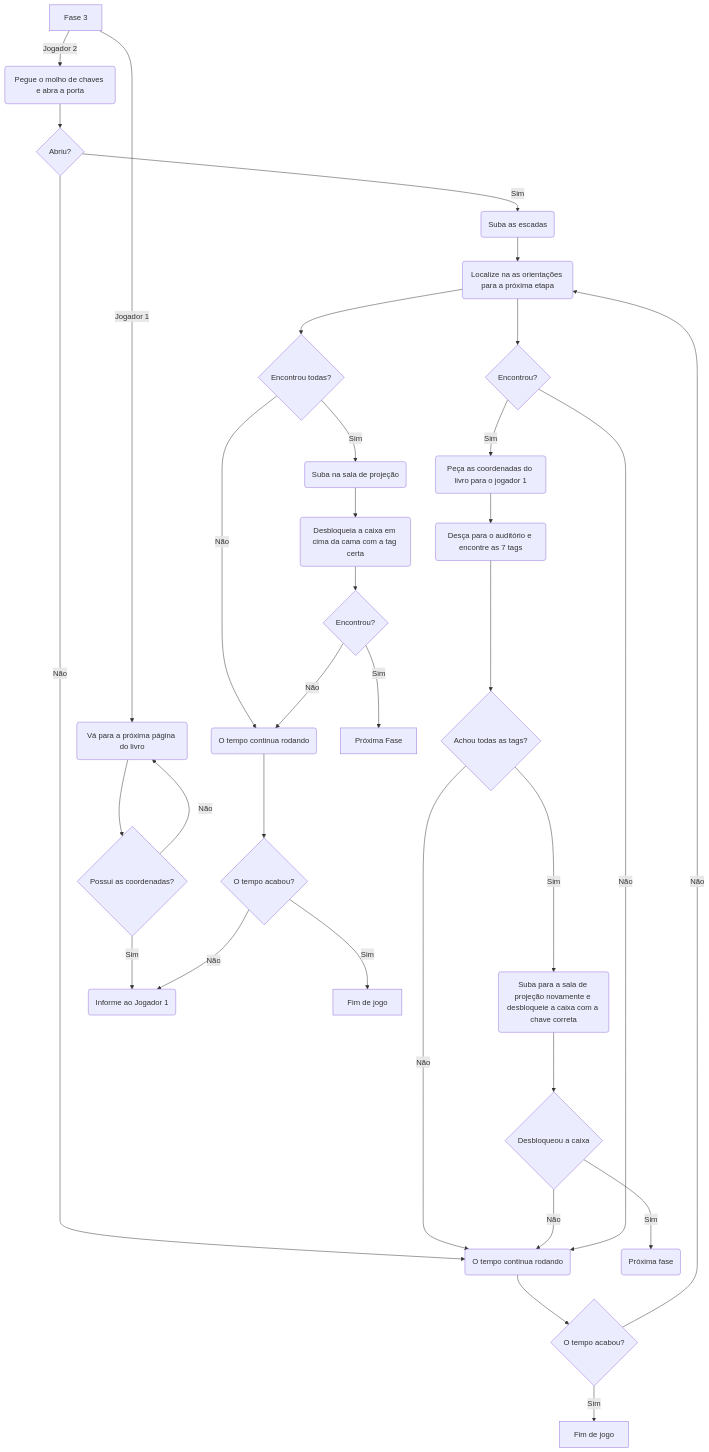
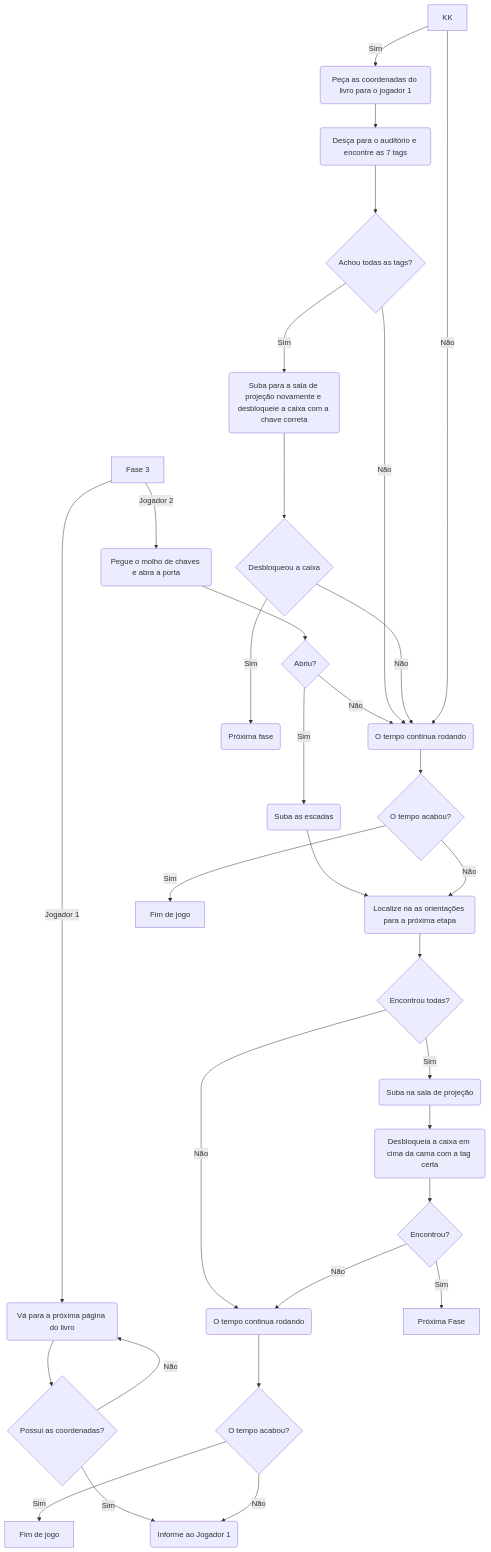
The fourth of 4 diagrams in README.md (DinamicCreative/EscapeRoom), drawn with Mermaid before and after one commit.

````diff
--- a/README.md
+++ b/README.md
@@ -110,45 +110,44 @@
 ```mermaid
 flowchart TD
   AA[Fase 3]
   AA --> |Jogador 1| BB(Vá para a próxima página do livro)
   AA --> |Jogador 2| CC(Pegue o molho de chaves e abra a porta)
   CC --> DD{Abriu?}
  
  DD --> |Sim| EE(Suba as escadas)
 DD --> |Não| HH
 
 
  EE --> JJ(Localize na as orientações para a próxima etapa)
- JJ --> KK{Encontrou?}
  KK --> |Sim| LL(Peça as coordenadas do livro para o jogador 1)
  LL --> AAA(Desça para o auditório e encontre as 7 tags)
  AAA ---> BBB{Achou todas as tags?}
  BBB ---> |Não| HH
  BBB ---> |Sim| CCC(Suba para a sala de projeção novamente e desbloqueie a caixa com a chave correta)
  CCC ---> DDD{Desbloqueou a caixa}
  DDD ---> |Sim| EEE(Próxima fase)
  DDD ---> |Não| HH
  KK --> |Não| HH(O tempo continua rodando)
   HH --> MM{O tempo acabou?}
   MM --> |Sim| II[Fim de jogo]
   MM --> |Não| JJ
 
 
 BB --> RR{Possui as coordenadas?}
 RR -->  |Sim| SS(Informe ao Jogador 1)
 RR -->  |Não| BB
 
 JJ --> UU{Encontrou todas?}
 UU --> |Sim|PP(Suba na sala de projeção)
 UU --> |Não| QQ(O tempo continua rodando)
   QQ --> VV{O tempo acabou?}
   VV --> |Sim| WW[Fim de jogo]
   VV --> |Não| SS
 
 
   PP --> ZZ(Desbloqueia a caixa em cima da cama com a tag certa)
   ZZ --> XX{Encontrou?}
   XX --> |Não|QQ
   XX --> |Sim| OO[Próxima Fase]
 
 ```
````
